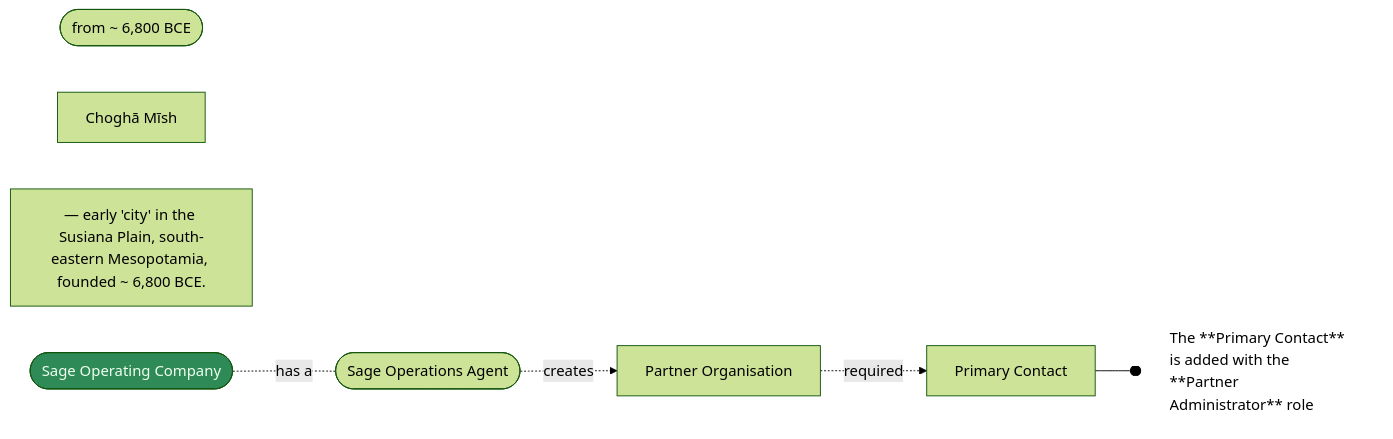
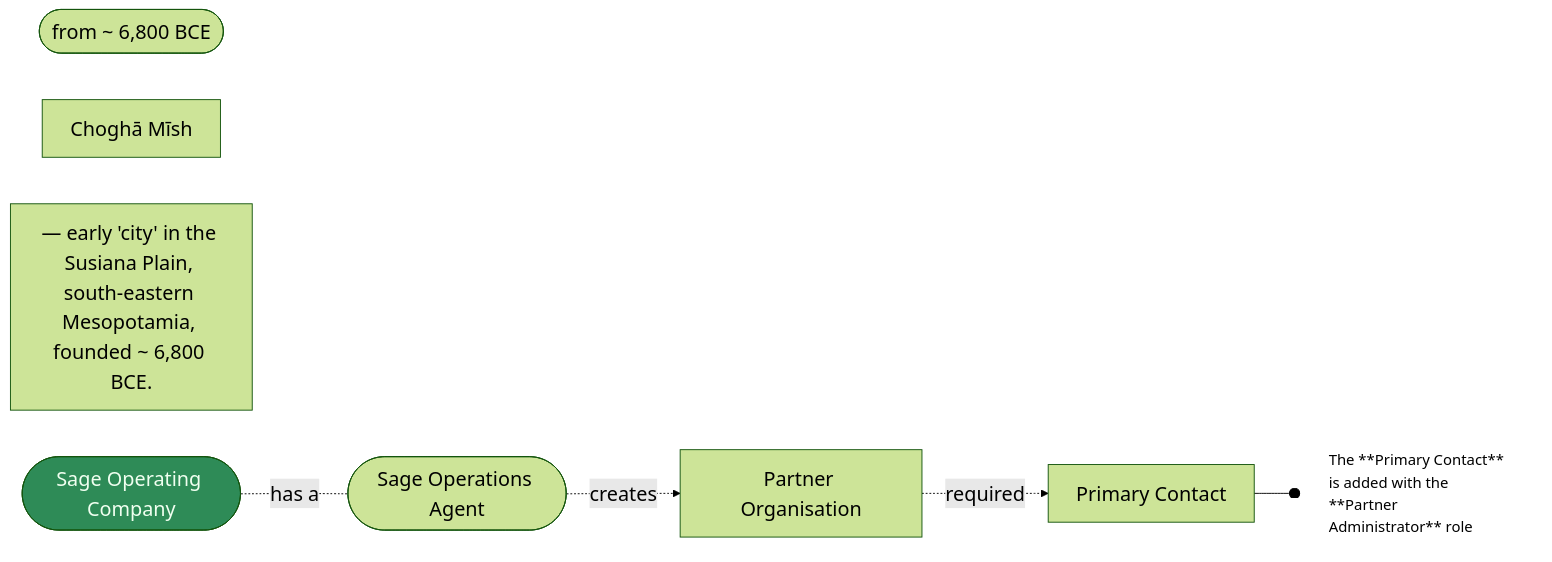
Before and after one commit to joe-dorward/samples: the diagram in 2025_Sage/01_Scenario - Partner organisation.mdx, drawn with Mermaid.

Commit message:
Update 01_Scenario - Partner organisation.mdx

````diff
--- a/2025_Sage/01_Scenario - Partner organisation.mdx
+++ b/2025_Sage/01_Scenario - Partner organisation.mdx
@@ -2,32 +2,32 @@
 ```mermaid
 %%{
   init: {
     'theme': 'forest',
     'themeVariables': {
-      'fontSize':'12pt'
+      'fontSize':'16pt'
     }
   }
 }%%
 flowchart LR
  classDef Sage fill:seagreen, color:honeydew;
  %%classDef Note fill:pink, stroke:white, text-align:left, font-size:12pt, width:400px, margin:0px, padding:10px;
  classDef Note fill:white, stroke:white, text-align:left, font-size:12pt;
 
 
   6800([from ~ 6,800 BCE])
     CHOGHA_MISH[Choghā Mīsh]
     CHOGHA_MISH_NOTE[#151; early 'city' in the Susiana Plain, south-eastern Mesopotamia, founded ~ 6,800 BCE.]
     click CHOGHA_MISH "https://en.wikipedia.org/wiki/Chogha_Mish" _blank
 
 
   SAGE_OPERATING_COMPANY_01([Sage Operating Company])-.has a.-
   SAGE_OPERATIONS_AGENT_01([Sage Operations Agent])-.creates.->
   PARTNER_ORGANISATION_01[Partner Organisation]-.required.->
   PRIMARY_CONTACT_01[Primary Contact]--o
   PRIMARY_CONTACT_01_NOTE[The **Primary Contact** is added with the **Partner Administrator** role]
 
 
 
   class SAGE_OPERATING_COMPANY_01 Sage
   class PRIMARY_CONTACT_01_NOTE Note
 ```
````
